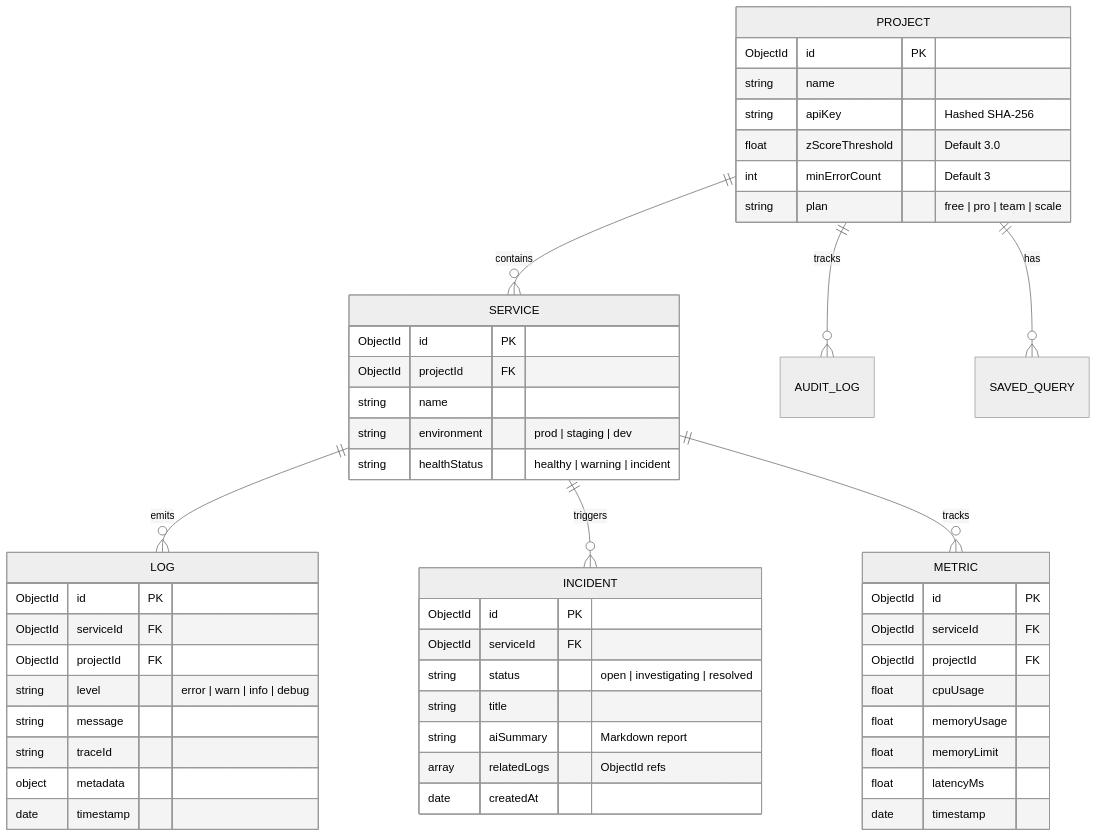
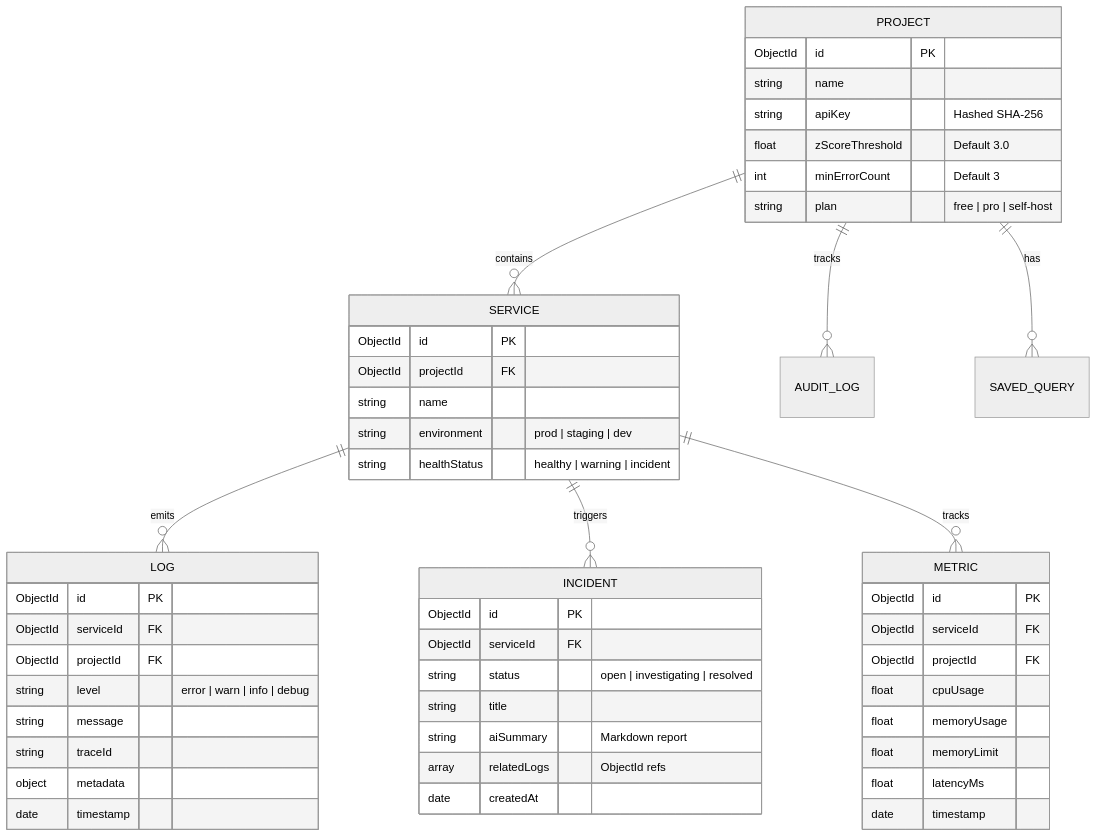
Before and after one commit to Vaibhav-Singh2/ObservabilityOS: the diagram in docs/DATABASE.md, drawn with Mermaid (neutral theme). The commit also changed 5 other files, not shown here.

Commit message:
docs & marketing: update plan tiers and actively promote open-source self-hosting

````diff
--- a/docs/DATABASE.md
+++ b/docs/DATABASE.md
@@ -11,58 +11,58 @@
 ```mermaid
 erDiagram
     PROJECT ||--o{ SERVICE : contains
     PROJECT ||--o{ AUDIT_LOG : tracks
     PROJECT ||--o{ SAVED_QUERY : has
     SERVICE ||--o{ LOG : emits
     SERVICE ||--o{ INCIDENT : triggers
     SERVICE ||--o{ METRIC : tracks
 
     PROJECT {
         ObjectId id PK
         string name
         string apiKey "Hashed SHA-256"
         float zScoreThreshold "Default 3.0"
         int minErrorCount "Default 3"
-        string plan "free | pro | team | scale"
+        string plan "free | pro | self-host"
     }
 
     SERVICE {
         ObjectId id PK
         ObjectId projectId FK
         string name
         string environment "prod | staging | dev"
         string healthStatus "healthy | warning | incident"
     }
 
     LOG {
         ObjectId id PK
         ObjectId serviceId FK
         ObjectId projectId FK
         string level "error | warn | info | debug"
         string message
         string traceId
         object metadata
         date timestamp
     }
 
     INCIDENT {
         ObjectId id PK
         ObjectId serviceId FK
         string status "open | investigating | resolved"
         string title
         string aiSummary "Markdown report"
         array relatedLogs "ObjectId refs"
         date createdAt
     }
 
     METRIC {
         ObjectId id PK
         ObjectId serviceId FK
         ObjectId projectId FK
         float cpuUsage
         float memoryUsage
         float memoryLimit
         float latencyMs
         date timestamp
     }
 ```
````
